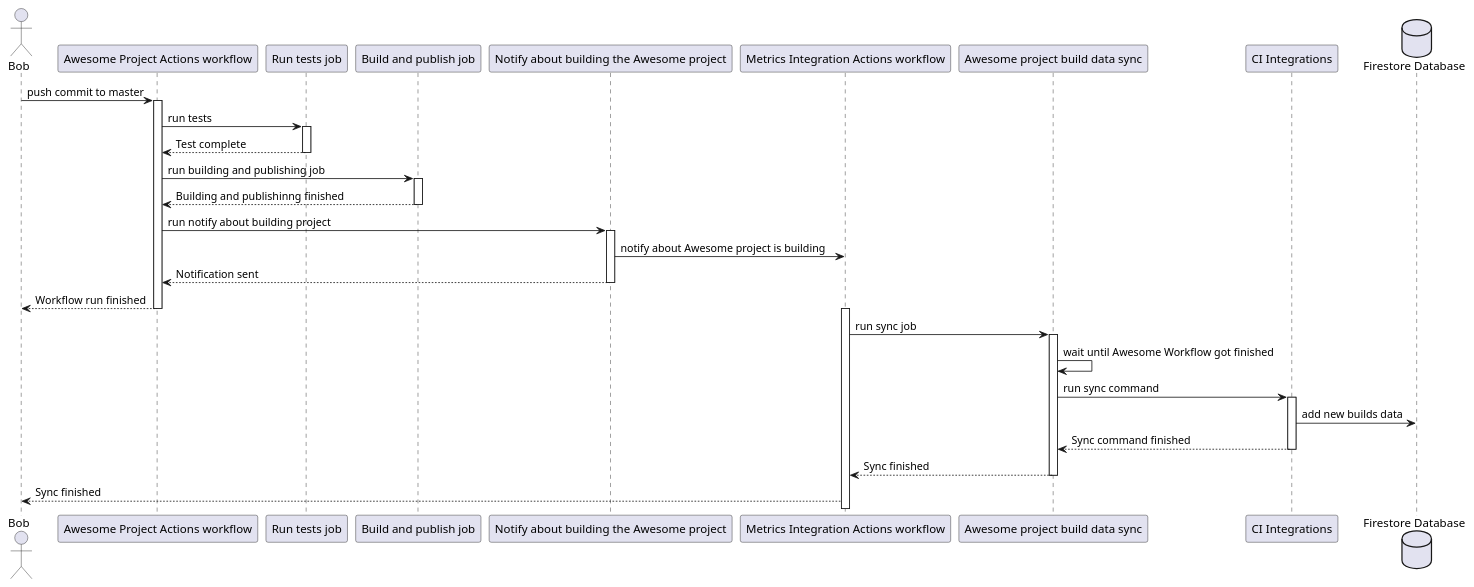
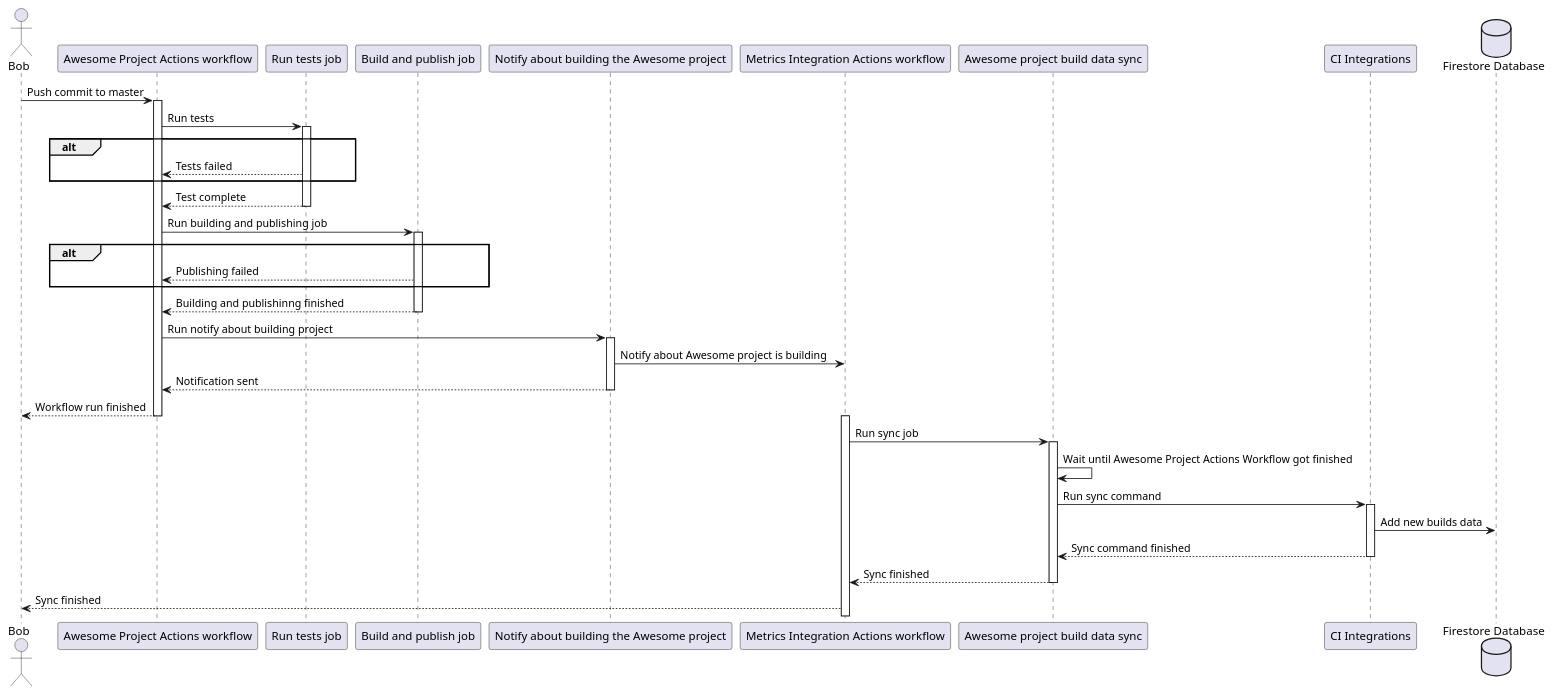
The diagram in docs/diagrmas/github_actions_sequence_diagram.puml (Flank/flank-dashboard), drawn with PlantUML before and after one commit. The commit also changed 1 other file, not shown here.

Commit message:
Documentation and diagram improvements

```diff
--- a/docs/diagrmas/github_actions_sequence_diagram.puml
+++ b/docs/diagrmas/github_actions_sequence_diagram.puml
@@ -1,41 +1,47 @@
 @startuml github_actions_sequence_diagram
 
 actor Bob
 
 participant "Awesome Project Actions workflow" as AwesomeWorkflow
 participant "Run tests job" as RunTests
 participant "Build and publish job" as BuildAndPublish
 participant "Notify about building the Awesome project" as NotifyBuilding
 
 participant "Metrics Integration Actions workflow" as IntegrationsWorkflow
 participant "Awesome project build data sync" as AwesomeSync
 participant "CI Integrations" as CiIntegrations
 
 database "Firestore Database" as Firestore
 
 
-Bob -> AwesomeWorkflow : push commit to master
+Bob -> AwesomeWorkflow : Push commit to master
 activate AwesomeWorkflow
-AwesomeWorkflow -> RunTests : run tests
+AwesomeWorkflow -> RunTests : Run tests
 activate  RunTests
+alt 
+    RunTests --> AwesomeWorkflow : Tests failed
+end 
 return Test complete 
-AwesomeWorkflow  -> BuildAndPublish : run building and publishing job
+AwesomeWorkflow  -> BuildAndPublish : Run building and publishing job
 activate BuildAndPublish
+alt 
+    BuildAndPublish --> AwesomeWorkflow : Publishing failed
+end
 return Building and publishinng finished
-AwesomeWorkflow -> NotifyBuilding : run notify about building project
+AwesomeWorkflow -> NotifyBuilding : Run notify about building project
 activate NotifyBuilding
-NotifyBuilding -> IntegrationsWorkflow : notify about Awesome project is building
+NotifyBuilding -> IntegrationsWorkflow : Notify about Awesome project is building
 return Notification sent 
 return Workflow run finished
 activate IntegrationsWorkflow
-IntegrationsWorkflow -> AwesomeSync : run sync job
+IntegrationsWorkflow -> AwesomeSync : Run sync job
 activate AwesomeSync
-AwesomeSync -> AwesomeSync : wait until Awesome Workflow got finished
-AwesomeSync -> CiIntegrations : run sync command
+AwesomeSync -> AwesomeSync : Wait until Awesome Project Actions Workflow got finished
+AwesomeSync -> CiIntegrations : Run sync command
 activate CiIntegrations
-CiIntegrations -> Firestore : add new builds data
+CiIntegrations -> Firestore : Add new builds data
 return Sync command finished
 return Sync finished
 IntegrationsWorkflow --> Bob : Sync finished
 
 @enduml
```
